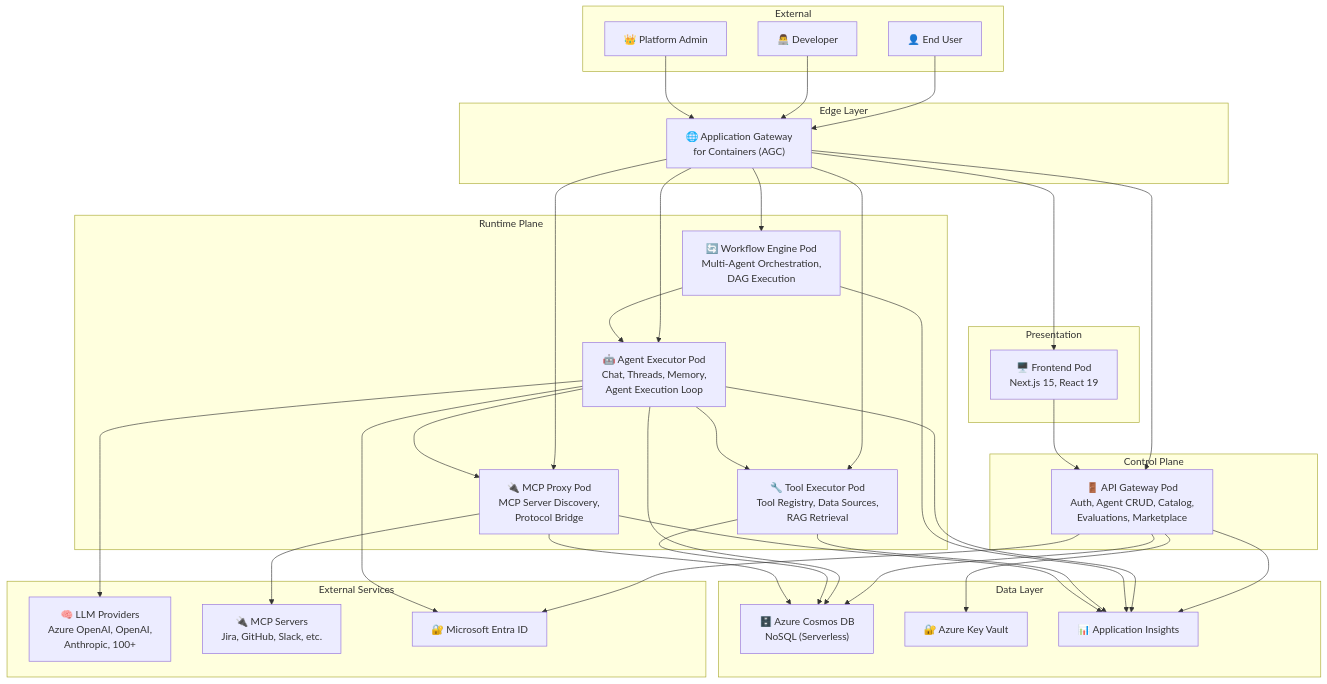
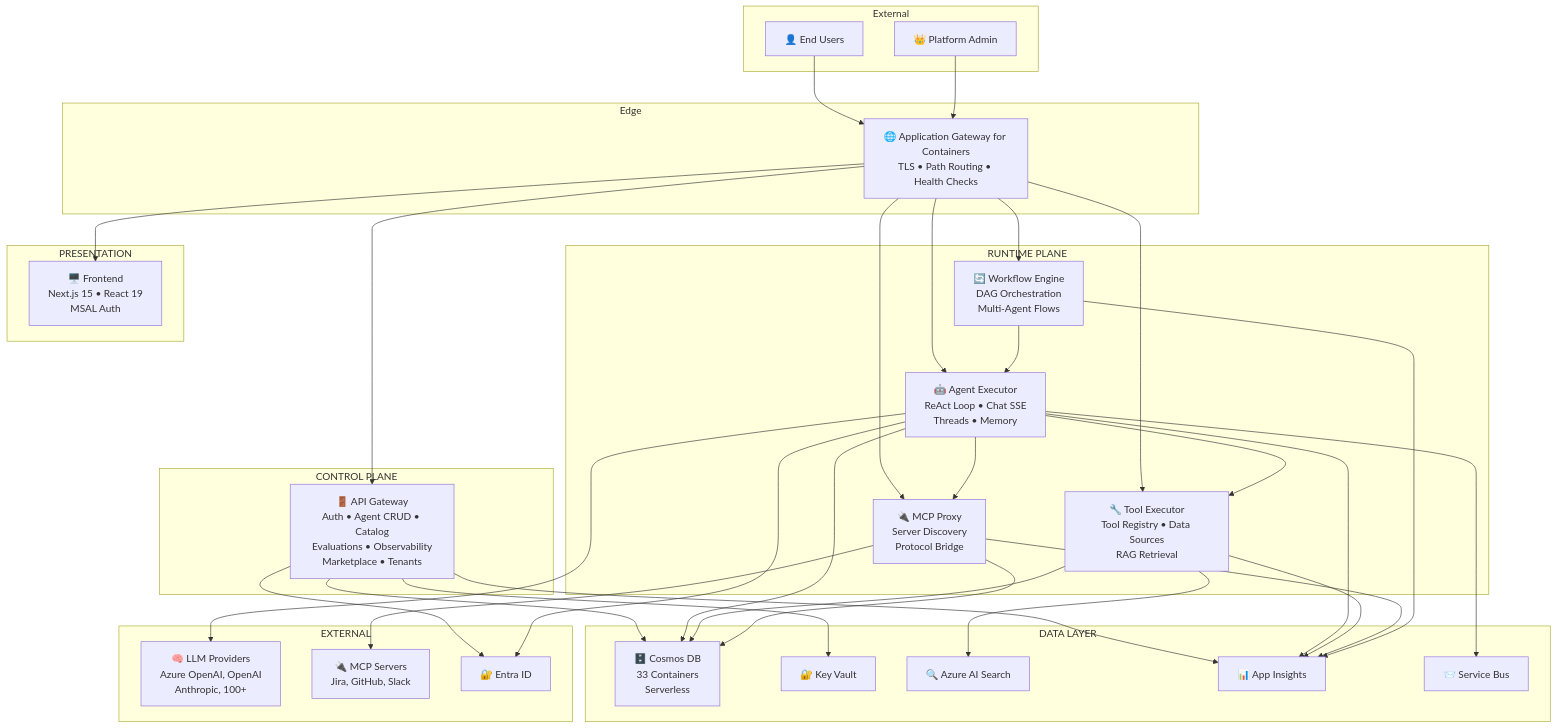
Before and after one commit to roie9876/AI-Platform-System: the first of 7 diagrams in README.md, drawn with Mermaid. The commit also changed other lines of this file and 1 other file, not shown here.

Commit message:
docs: comprehensive README rewrite with full architecture documentation

````diff
--- a/README.md
+++ b/README.md
@@ -36,52 +106,53 @@
 ```mermaid
 graph TB
     subgraph "External"
-        User["👤 End User"]
-        Dev["👨‍💻 Developer"]
+        User["👤 End Users"]
         Admin["👑 Platform Admin"]
     end
 
-    subgraph "Edge Layer"
-        AGC["🌐 Application Gateway<br/>for Containers (AGC)"]
+    subgraph "Edge"
+        AGC["🌐 Application Gateway for Containers<br/>TLS • Path Routing • Health Checks"]
     end
 
-    subgraph "Control Plane"
-        APIGateway["🚪 API Gateway Pod<br/>Auth, Agent CRUD, Catalog,<br/>Evaluations, Marketplace"]
+    subgraph "CONTROL PLANE"
+        GW["🚪 API Gateway<br/>Auth • Agent CRUD • Catalog<br/>Evaluations • Observability<br/>Marketplace • Tenants"]
     end
 
-    subgraph "Runtime Plane"
-        AgentExec["🤖 Agent Executor Pod<br/>Chat, Threads, Memory,<br/>Agent Execution Loop"]
-        Workflow["🔄 Workflow Engine Pod<br/>Multi-Agent Orchestration,<br/>DAG Execution"]
-        ToolExec["🔧 Tool Executor Pod<br/>Tool Registry, Data Sources,<br/>RAG Retrieval"]
-        MCPProxy["🔌 MCP Proxy Pod<br/>MCP Server Discovery,<br/>Protocol Bridge"]
+    subgraph "RUNTIME PLANE"
+        AE["🤖 Agent Executor<br/>ReAct Loop • Chat SSE<br/>Threads • Memory"]
+        TE["🔧 Tool Executor<br/>Tool Registry • Data Sources<br/>RAG Retrieval"]
+        MCP["🔌 MCP Proxy<br/>Server Discovery<br/>Protocol Bridge"]
+        WF["🔄 Workflow Engine<br/>DAG Orchestration<br/>Multi-Agent Flows"]
     end
 
-    subgraph "Presentation"
-        Frontend["🖥️ Frontend Pod<br/>Next.js 15, React 19"]
+    subgraph "PRESENTATION"
+        FE["🖥️ Frontend<br/>Next.js 15 • React 19<br/>MSAL Auth"]
     end
 
-    subgraph "Data Layer"
-        Cosmos["🗄️ Azure Cosmos DB<br/>NoSQL (Serverless)"]
-        KeyVault["🔐 Azure Key Vault"]
-        AppInsights["📊 Application Insights"]
+    subgraph "DATA LAYER"
+        Cosmos["🗄️ Cosmos DB<br/>33 Containers<br/>Serverless"]
+        KV["🔐 Key Vault"]
+        Search["🔍 Azure AI Search"]
+        AI["📊 App Insights"]
+        SB["📨 Service Bus"]
     end
 
-    subgraph "External Services"
-        LLMs["🧠 LLM Providers<br/>Azure OpenAI, OpenAI,<br/>Anthropic, 100+"]
-        MCPServers["🔌 MCP Servers<br/>Jira, GitHub, Slack, etc."]
-        EntraID["🔐 Microsoft Entra ID"]
+    subgraph "EXTERNAL"
+        LLM["🧠 LLM Providers<br/>Azure OpenAI, OpenAI<br/>Anthropic, 100+"]
+        MCPExt["🔌 MCP Servers<br/>Jira, GitHub, Slack"]
+        Entra["🔐 Entra ID"]
     end
 
-    User & Dev & Admin --> AGC
-    AGC --> APIGateway & AgentExec & Workflow & ToolExec & MCPProxy & Frontend
+    User & Admin --> AGC
+    AGC --> GW & AE & TE & MCP & WF & FE
 
-    APIGateway --> Cosmos & KeyVault
-    AgentExec --> Cosmos & ToolExec & MCPProxy & LLMs
-    Workflow --> AgentExec
-    ToolExec --> Cosmos
-    MCPProxy --> Cosmos & MCPServers
-    Frontend --> APIGateway
+    GW --> Cosmos & KV
+    AE --> Cosmos & LLM & TE & MCP
+    TE --> Cosmos & Search
+    MCP --> Cosmos & MCPExt
+    WF --> AE
 
-    APIGateway & AgentExec --> EntraID
-    APIGateway & AgentExec & Workflow & ToolExec & MCPProxy --> AppInsights
+    GW & AE --> Entra
+    GW & AE & TE & MCP & WF --> AI
+    AE --> SB
 ```
````
